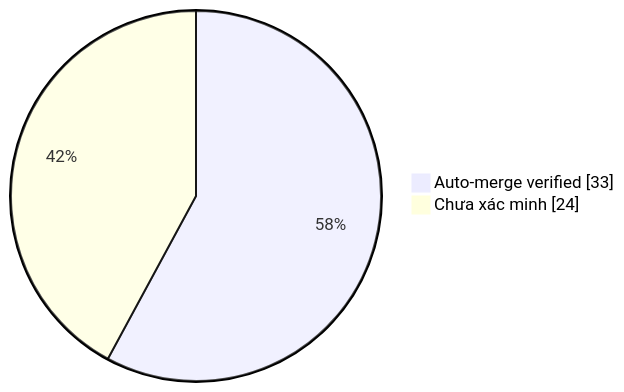
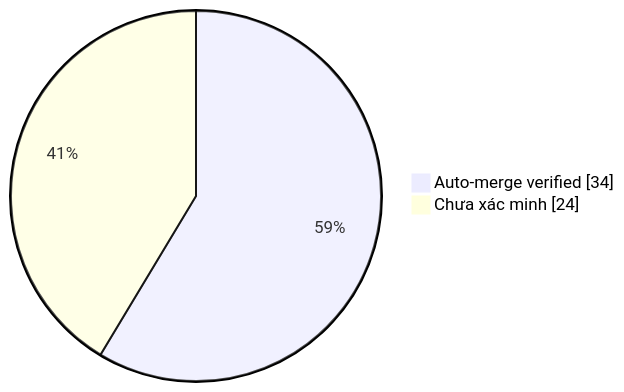
The diagram in collector.md (duykhang68/tetdinhmuiblog), drawn with Mermaid before and after one commit. The commit also changed other lines of this file and 1 other file, not shown here.

Commit message:
docs(collector): update auto-merge evidence dashboard

````diff
--- a/collector.md
+++ b/collector.md
@@ -22,5 +22,5 @@
 ```mermaid
 pie showData
-    "Auto-merge verified" : 33
+    "Auto-merge verified" : 34
     "Chưa xác minh" : 24
 ```
````
